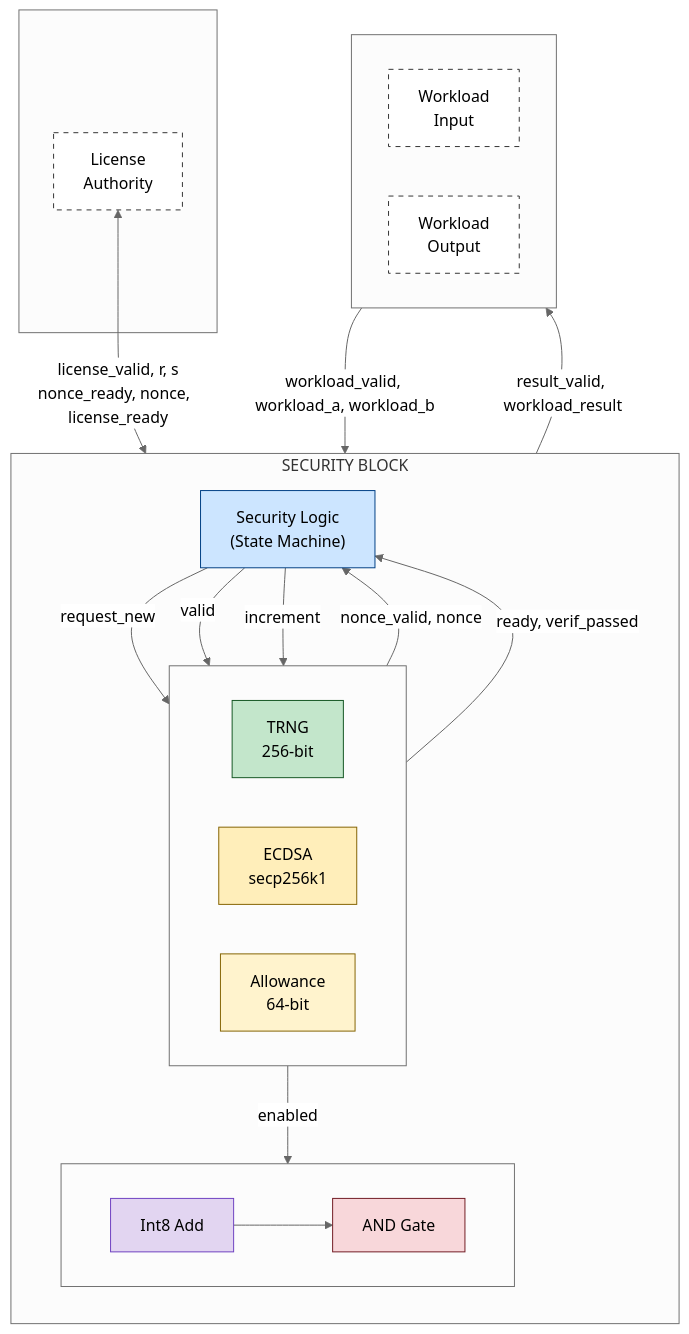
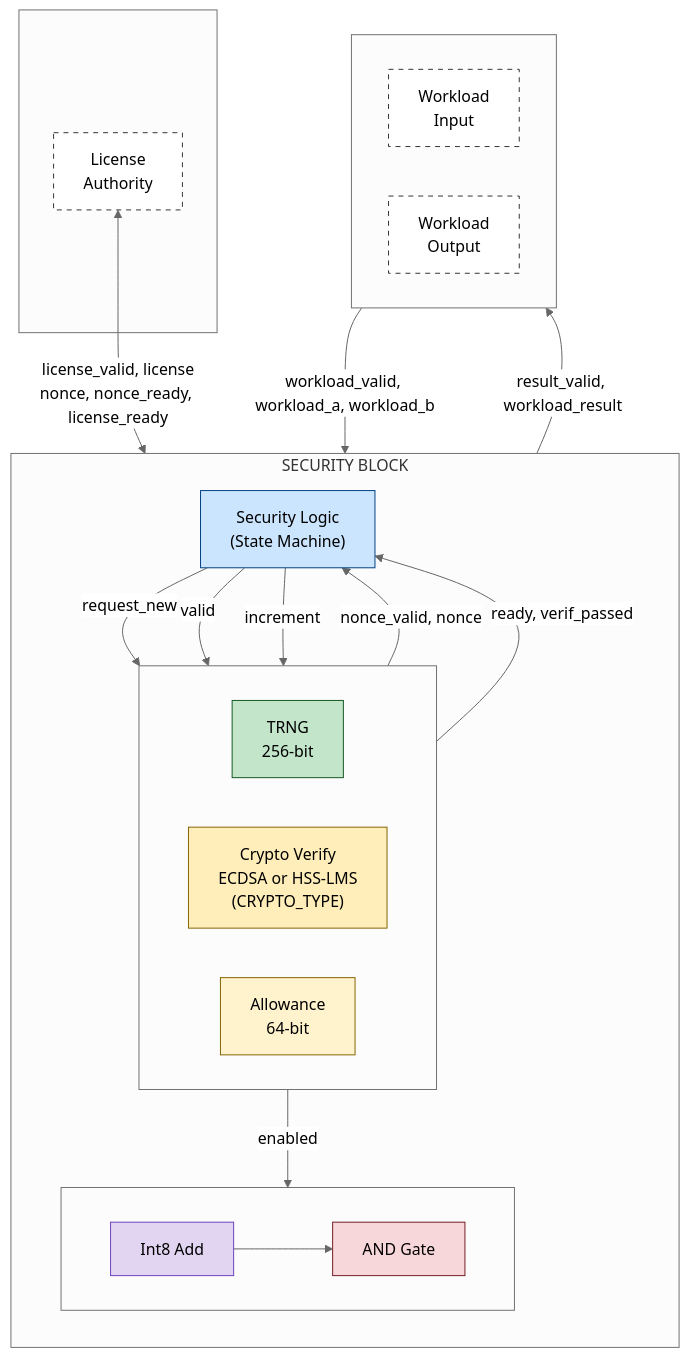
Before and after one commit to JamesPetrie/off-switch: the first of 4 diagrams in README.md, drawn with Mermaid (neutral theme). The commit also changed other lines of this file, not shown here.

Commit message:
Merge ECDSA and hash crypto READMEs

````diff
--- a/README.md
+++ b/README.md
@@ -66,50 +79,50 @@
 ```mermaid
 flowchart TB
     subgraph external_left[" "]
         AUTH["License<br/>Authority"]:::external
     end
 
     subgraph SECURITY_BLOCK["SECURITY BLOCK"]
         direction TB
         SL["Security Logic<br/>(State Machine)"]:::security
 
         subgraph submodules[" "]
             direction LR
             TRNG["TRNG<br/>256-bit"]:::trng
-            ECDSA["ECDSA<br/>secp256k1"]:::ecdsa
+            CRYPTO["Crypto Verify<br/>ECDSA or HSS-LMS<br/>(CRYPTO_TYPE)"]:::crypto
             ALLOW["Allowance<br/>64-bit"]:::allowance
         end
 
         subgraph datapath[" "]
             direction LR
             ADDER["Int8 Add"]:::adder
             AND["AND Gate"]:::andgate
         end
 
         SL -->|request_new| TRNG
         TRNG -->|"nonce_valid, nonce"| SL
-        SL -->|valid| ECDSA
-        ECDSA -->|"ready, verif_passed"| SL
+        SL -->|valid| CRYPTO
+        CRYPTO -->|"ready, verif_passed"| SL
         SL -->|increment| ALLOW
         ALLOW -->|enabled| AND
         ADDER --> AND
     end
 
     subgraph external_io[" "]
         direction LR
         WIN["Workload<br/>Input"]:::external
         WOUT["Workload<br/>Output"]:::external
     end
 
-    AUTH <-->|"license_valid, r, s<br/>nonce_ready, nonce,  license_ready"| SL
+    AUTH <-->|"license_valid, license<br/>nonce, nonce_ready, license_ready"| SL
     WIN -->|"workload_valid, workload_a, workload_b"| ADDER
     AND -->|"result_valid, workload_result"| WOUT
 
     classDef external fill:#fff,stroke:#333,stroke-dasharray: 5 5
     classDef security fill:#cce5ff,stroke:#004085
     classDef trng fill:#c3e6cb,stroke:#155724
-    classDef ecdsa fill:#ffeeba,stroke:#856404
+    classDef crypto fill:#ffeeba,stroke:#856404
     classDef allowance fill:#fff3cd,stroke:#856404
     classDef adder fill:#e2d5f1,stroke:#6f42c1
     classDef andgate fill:#f8d7da,stroke:#721c24
 ```
````
